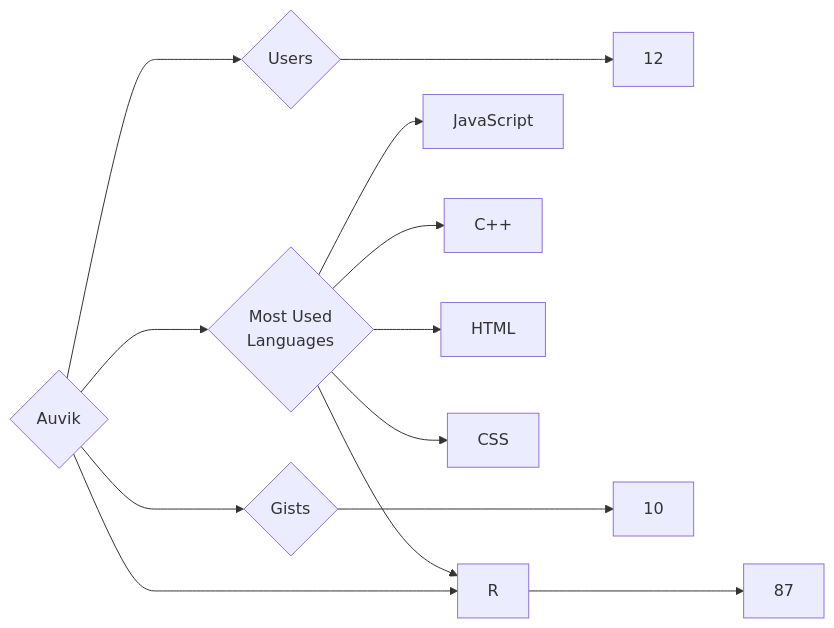
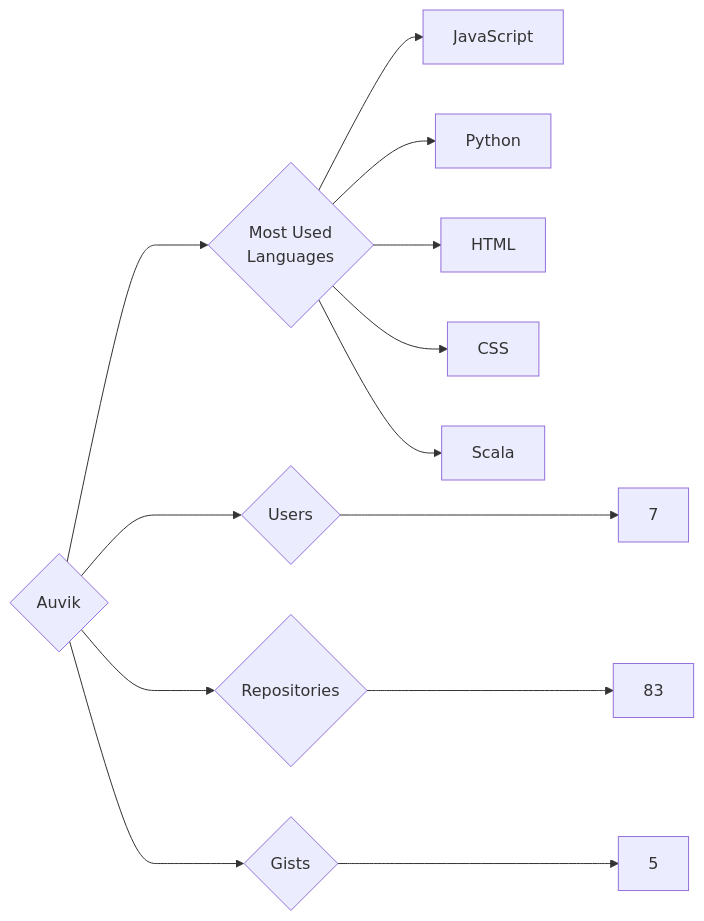
The diagram in targets/Auvik/README.md (trickest/insiders), drawn with Mermaid before and after one commit. The commit also changed 721 other files, not shown here.

````diff
--- a/targets/Auvik/README.md
+++ b/targets/Auvik/README.md
@@ -3,13 +3,13 @@
 ```mermaid
 graph LR
 COMPANY_NAME{Auvik}
-COMPANY_NAME ---> U{Users} ---> UN[12]
-COMPANY_NAME ---> R{Repositories} ---> RN[87]
-COMPANY_NAME ---> G{Gists} ---> GN[10]
+COMPANY_NAME ---> U{Users} ---> UN[7]
+COMPANY_NAME ---> R{Repositories} ---> RN[83]
+COMPANY_NAME ---> G{Gists} ---> GN[5]
 COMPANY_NAME ---> ML{Most Used<br>Languages}
 ML --> JavaScript[JavaScript]
-ML --> C++[C++]
+ML --> Python[Python]
 ML --> HTML[HTML]
 ML --> CSS[CSS]
-ML --> R[R]
+ML --> Scala[Scala]
 ```
````
